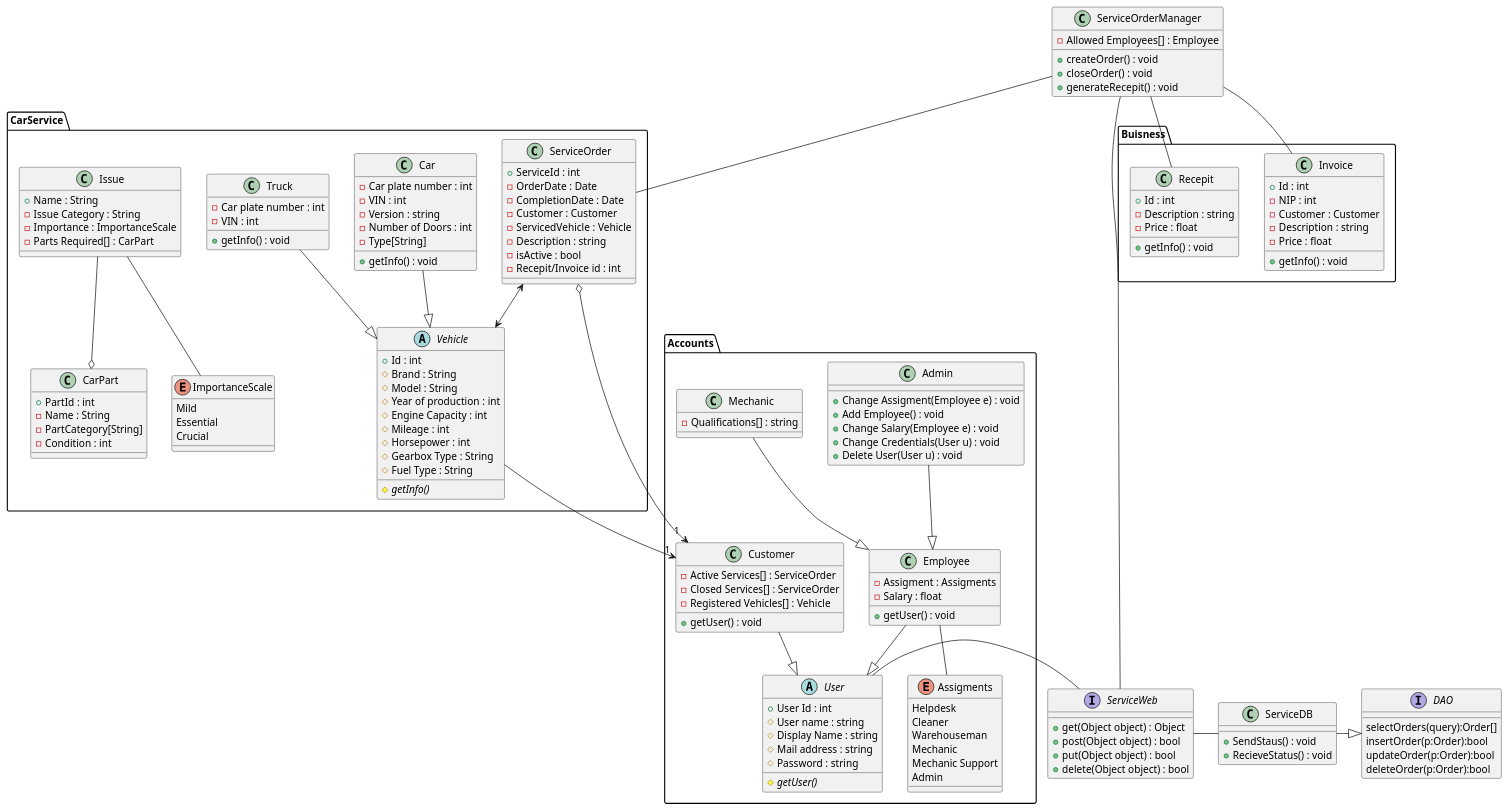
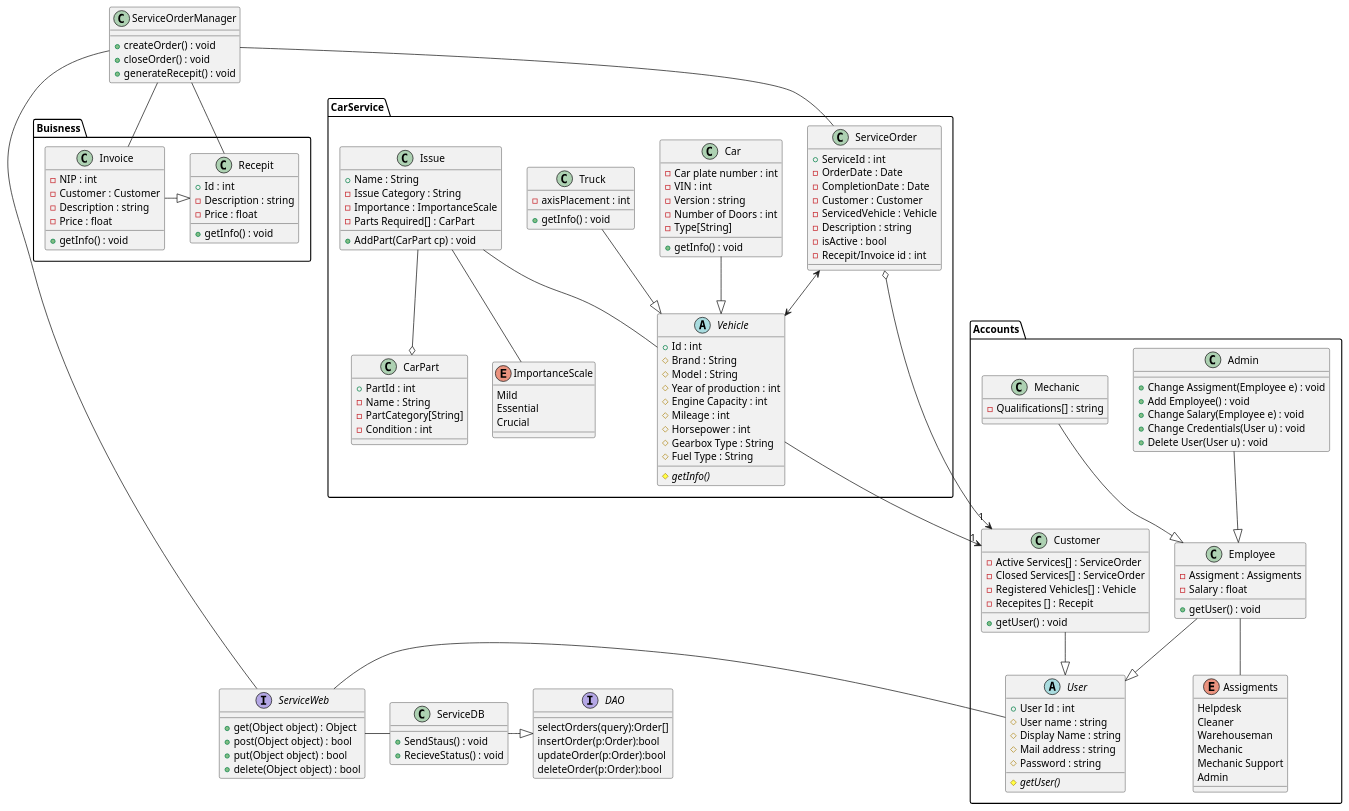
The diagram in diagrams/class.wsd (SquirrelloDev/uml), drawn with PlantUML before and after one commit. The commit also changed 9 other files, not shown here.

```diff
--- a/diagrams/class.wsd
+++ b/diagrams/class.wsd
@@ -1,167 +1,167 @@
 @startuml class diagram
 package CarService{
 abstract class Vehicle {
     +Id : int
     #Brand : String
     #Model : String
     #Year of production : int
     #Engine Capacity : int
     #Mileage : int
     #Horsepower : int
     #Gearbox Type : String
     #Fuel Type : String
     
     #{abstract} getInfo()
 }
 class Car{
     -Car plate number : int
     -VIN : int
     -Version : string
     -Number of Doors : int
     -Type[String]
     +getInfo() : void
 }
 class Truck{
-    -Car plate number : int
-    -VIN : int
+    -axisPlacement : int
     +getInfo() : void
 }
 class CarPart {
    +PartId : int
    -Name : String
    -PartCategory[String]
    -Condition : int
 }
 
 class Issue{
     +Name : String
     -Issue Category : String
     -Importance : ImportanceScale
     -Parts Required[] : CarPart
+    +AddPart(CarPart cp) : void
 }
 enum ImportanceScale{
     Mild
     Essential
     Crucial
 }
 
 class ServiceOrder{
     +ServiceId : int
     -OrderDate : Date
     -CompletionDate : Date
     -Customer : Customer
     -ServicedVehicle : Vehicle
     -Description : string
     -isActive : bool
     -Recepit/Invoice id : int
 }
 
 }
 class ServiceOrderManager{
-    -Allowed Employees[] : Employee
     +createOrder() : void
     +closeOrder() : void
     ' part of closeOrder()
     +generateRecepit() : void
 }
 Interface ServiceWeb{
     'represents our web page
     +get(Object object) : Object
     +post(Object object) : bool
     +put(Object object) : bool
     +delete(Object object) : bool
 }
 package Accounts{
 abstract class User{
     +User Id : int
     #User name : string
     #Display Name : string
     #Mail address : string
     #Password : string
 
     #{abstract} getUser()
 }
 class Customer{
     -Active Services[] : ServiceOrder
     -Closed Services[] : ServiceOrder
     -Registered Vehicles[] : Vehicle
-
+    -Recepites [] : Recepit
     +getUser() : void
 }
 class Admin{
     +Change Assigment(Employee e) : void
     +Add Employee() : void
     +Change Salary(Employee e) : void
     +Change Credentials(User u) : void
     +Delete User(User u) : void
 
 }
 class Employee{
     -Assigment : Assigments
     -Salary : float
 
     +getUser() : void
 }
 class Mechanic{
     -Qualifications[] : string
 
 }
 enum Assigments{
     Helpdesk
     Cleaner
     Warehouseman
     Mechanic
     Mechanic Support
     Admin
 }
 }
 package Buisness{
 class Invoice{
-    +Id : int
     -NIP : int
     -Customer : Customer
     -Description : string
     -Price : float
     +getInfo() : void
 }
 class Recepit{
     +Id : int
     -Description : string
     -Price : float
      +getInfo() : void
 }
 }
 
 Interface DAO{
     selectOrders(query):Order[]
     insertOrder(p:Order):bool
     updateOrder(p:Order):bool
     deleteOrder(p:Order):bool
 }
 class ServiceDB{
  +SendStaus() : void
  +RecieveStatus() : void
 }
 ServiceDB -|> DAO
 ServiceOrderManager - ServiceWeb
 ServiceWeb - ServiceDB
 User - ServiceWeb
 Car --|> Vehicle
 Truck --|> Vehicle
 Issue -- ImportanceScale
+Issue -- Vehicle
 Issue --o CarPart
 ServiceOrder <--> Vehicle
 ServiceOrder o---> "1" Customer
 ServiceOrderManager -- ServiceOrder
 ServiceOrderManager -- Invoice
 ServiceOrderManager -- Recepit
+Invoice -|> Recepit
 
 
 
 Vehicle --> "1" Customer
 Employee -- Assigments
 Customer --|> User
 Employee --|> User
 Mechanic --|> Employee
 Admin --|> Employee
 @enduml
```
